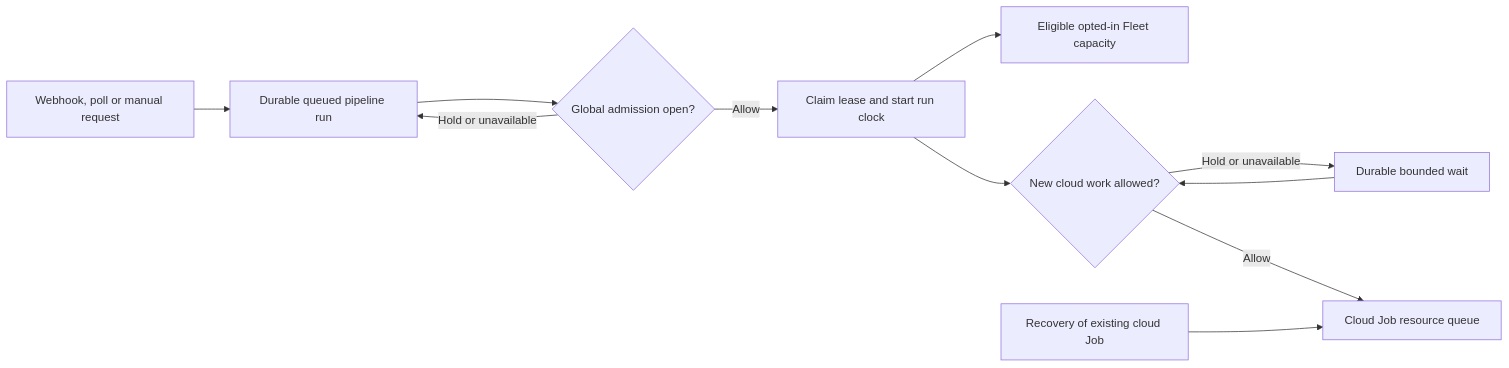
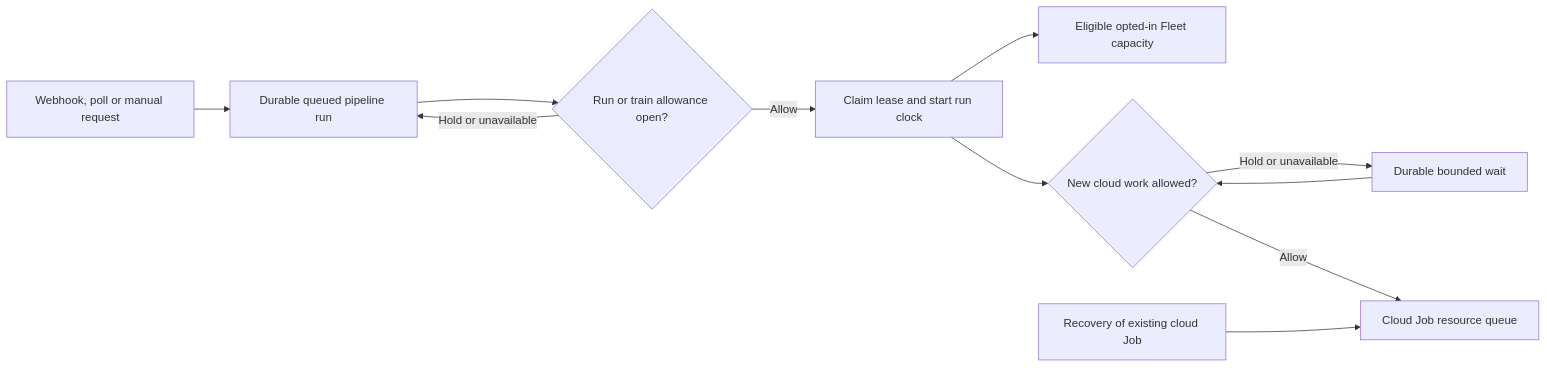
One commit to znasllc-io/memql changed the fourth of 4 diagrams in docs/public/operate/pipelines.md. Above: the diagram before and after it, drawn with Mermaid. The commit also changed other lines of this file and 27 other files, not shown here.

First line of the commit message:
Preserve release-train allowance through scoped cloud admission

````diff
--- a/docs/public/operate/pipelines.md
+++ b/docs/public/operate/pipelines.md
@@ -1672,13 +1677,13 @@
 ```mermaid
 flowchart LR
     S[Webhook, poll or manual request] --> Q[Durable queued pipeline run]
-    Q --> G{Global admission open?}
+    Q --> G{Run or train allowance open?}
     G -->|Hold or unavailable| Q
     G -->|Allow| C[Claim lease and start run clock]
     C --> F[Eligible opted-in Fleet capacity]
     C --> B{New cloud work allowed?}
     B -->|Hold or unavailable| W[Durable bounded wait]
     W --> B
     B -->|Allow| K[Cloud Job resource queue]
     R[Recovery of existing cloud Job] --> K
 ```
````
